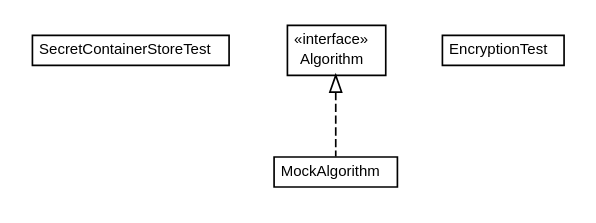
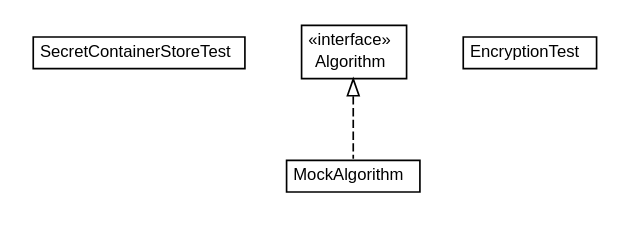
One commit to brabenetz/secured-properties changed the diagram in archiv/1.0-SNAPSHOT/testapidocs/net/brabenetz/lib/securedproperties/core/net.brabenetz.lib.securedproperties.core.dot. Above: the diagram before and after it, drawn with Graphviz. The commit also changed 207 other files, not shown here.

```diff
--- a/archiv/1.0-SNAPSHOT/testapidocs/net/brabenetz/lib/securedproperties/core/net.brabenetz.lib.securedproperties.core.dot
+++ b/archiv/1.0-SNAPSHOT/testapidocs/net/brabenetz/lib/securedproperties/core/net.brabenetz.lib.securedproperties.core.dot
@@ -1,39 +1,39 @@
 #!/usr/local/bin/dot
 #
 # Class diagram 
 # Generated by UMLGraph version R5_6-24-gf6e263 (http://www.umlgraph.org/)
 #
 
 digraph G {
 	edge [fontname="arial",fontsize=10,labelfontname="arial",labelfontsize=10];
 	node [fontname="arial",fontsize=10,shape=plaintext];
 	nodesep=0.25;
 	ranksep=0.5;
 	// net.brabenetz.lib.securedproperties.core.SecretContainerStoreTest
 	c0 [label=<<table title="net.brabenetz.lib.securedproperties.core.SecretContainerStoreTest" border="0" cellborder="1" cellspacing="0" cellpadding="2" port="p" href="./SecretContainerStoreTest.html">
 		<tr><td><table border="0" cellspacing="0" cellpadding="1">
 <tr><td align="center" balign="center"> SecretContainerStoreTest </td></tr>
 		</table></td></tr>
-		</table>>, URL="./SecretContainerStoreTest.html", fontname="arial", fontcolor="black", fontsize=9.0];
+		</table>>, URL="./SecretContainerStoreTest.html", fontname="arial", fontcolor="black", fontsize=10.0];
 	// net.brabenetz.lib.securedproperties.core.MockAlgorithm
 	c1 [label=<<table title="net.brabenetz.lib.securedproperties.core.MockAlgorithm" border="0" cellborder="1" cellspacing="0" cellpadding="2" port="p" href="./MockAlgorithm.html">
 		<tr><td><table border="0" cellspacing="0" cellpadding="1">
 <tr><td align="center" balign="center"> MockAlgorithm </td></tr>
 		</table></td></tr>
-		</table>>, URL="./MockAlgorithm.html", fontname="arial", fontcolor="black", fontsize=9.0];
+		</table>>, URL="./MockAlgorithm.html", fontname="arial", fontcolor="black", fontsize=10.0];
 	// net.brabenetz.lib.securedproperties.core.EncryptionTest
 	c2 [label=<<table title="net.brabenetz.lib.securedproperties.core.EncryptionTest" border="0" cellborder="1" cellspacing="0" cellpadding="2" port="p" href="./EncryptionTest.html">
 		<tr><td><table border="0" cellspacing="0" cellpadding="1">
 <tr><td align="center" balign="center"> EncryptionTest </td></tr>
 		</table></td></tr>
-		</table>>, URL="./EncryptionTest.html", fontname="arial", fontcolor="black", fontsize=9.0];
+		</table>>, URL="./EncryptionTest.html", fontname="arial", fontcolor="black", fontsize=10.0];
 	//net.brabenetz.lib.securedproperties.core.MockAlgorithm implements net.brabenetz.lib.securedproperties.core.Algorithm
-	c12:p -> c1:p [dir=back,arrowtail=empty,style=dashed];
+	c17:p -> c1:p [dir=back,arrowtail=empty,style=dashed];
 	// net.brabenetz.lib.securedproperties.core.Algorithm
-	c12 [label=<<table title="net.brabenetz.lib.securedproperties.core.Algorithm" border="0" cellborder="1" cellspacing="0" cellpadding="2" port="p">
+	c17 [label=<<table title="net.brabenetz.lib.securedproperties.core.Algorithm" border="0" cellborder="1" cellspacing="0" cellpadding="2" port="p">
 		<tr><td><table border="0" cellspacing="0" cellpadding="1">
 <tr><td align="center" balign="center"> &#171;interface&#187; </td></tr>
 <tr><td align="center" balign="center"> Algorithm </td></tr>
 		</table></td></tr>
-		</table>>, URL="null", fontname="arial", fontcolor="black", fontsize=9.0];
+		</table>>, URL="null", fontname="arial", fontcolor="black", fontsize=10.0];
 }
```
